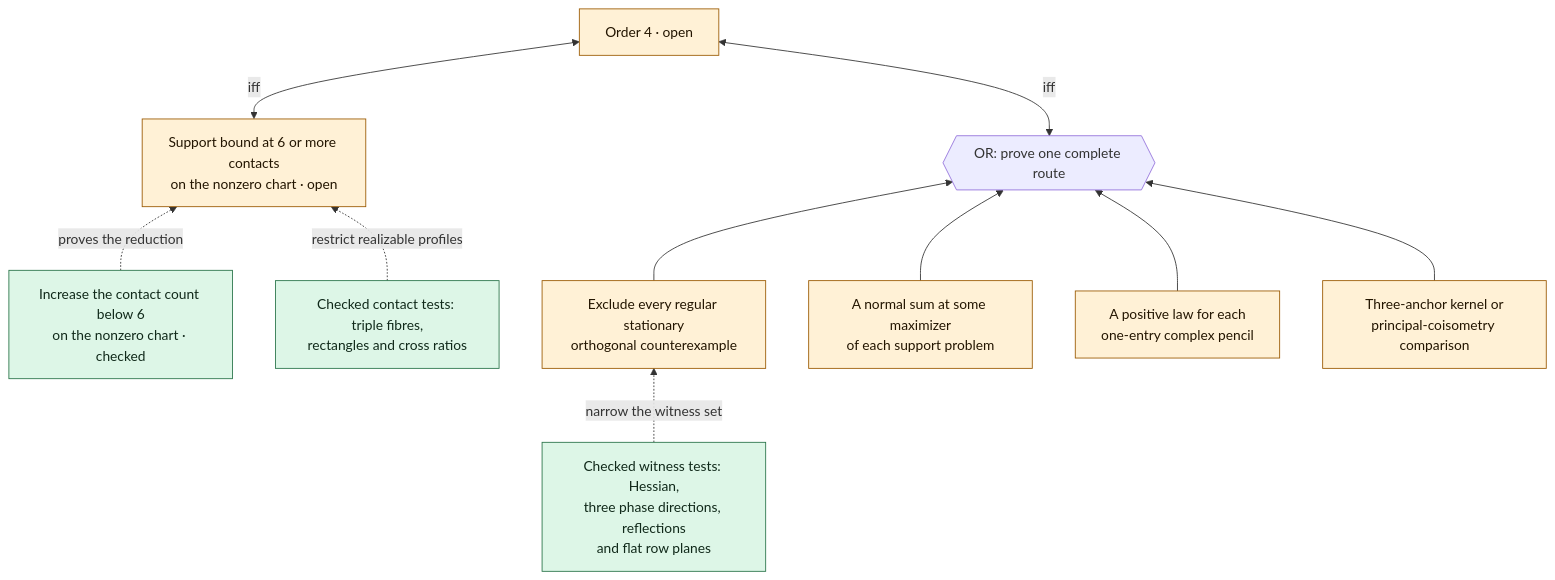
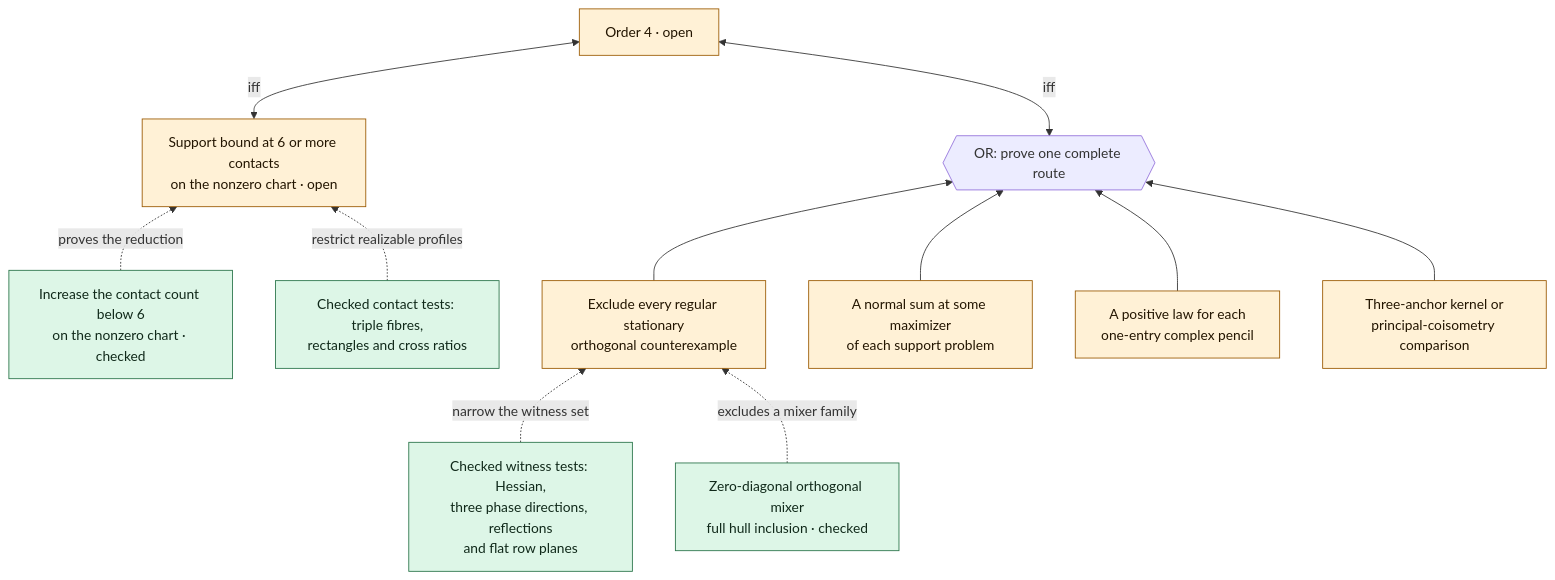
Before and after one commit to ascendnoosphere/MOC: the second of 4 diagrams in Lean/ProofTree.md, drawn with Mermaid. The commit also changed other lines of this file and 2 other files, not shown here.

Commit message:
MOC: prove the zero-diagonal order-four orthogonal case

````diff
--- a/Lean/ProofTree.md
+++ b/Lean/ProofTree.md
@@ -41,24 +41,26 @@
 ```mermaid
 flowchart BT
     FOUR["Order 4 · open"]:::open
     OR4{{"OR: prove one complete route"}}
     WITNESS["Exclude every regular stationary<br/>orthogonal counterexample"]:::open
     NORMAL["A normal sum at some maximizer<br/>of each support problem"]:::open
     PENCIL["A positive law for each<br/>one-entry complex pencil"]:::open
     CHART["Three-anchor kernel or<br/>principal-coisometry comparison"]:::open
     TRANSFER["Increase the contact count below 6<br/>on the nonzero chart · checked"]:::checked
     SIX["Support bound at 6 or more contacts<br/>on the nonzero chart · open"]:::open
     TESTS["Checked witness tests: Hessian,<br/>three phase directions, reflections<br/>and flat row planes"]:::checked
+    ZERO["Zero-diagonal orthogonal mixer<br/>full hull inclusion · checked"]:::checked
     PHASE["Checked contact tests: triple fibres,<br/>rectangles and cross ratios"]:::checked
     WITNESS --> OR4
     NORMAL --> OR4
     PENCIL --> OR4
     CHART --> OR4
     TRANSFER -. proves the reduction .-> SIX
     SIX <-->|iff| FOUR
     TESTS -. narrow the witness set .-> WITNESS
+    ZERO -. excludes a mixer family .-> WITNESS
     PHASE -. restrict realizable profiles .-> SIX
     OR4 <-->|iff| FOUR
     classDef open fill:#fff1d6,stroke:#9a5900,color:#231500
     classDef checked fill:#ddf6e7,stroke:#287348,color:#10291a
 ```
````
